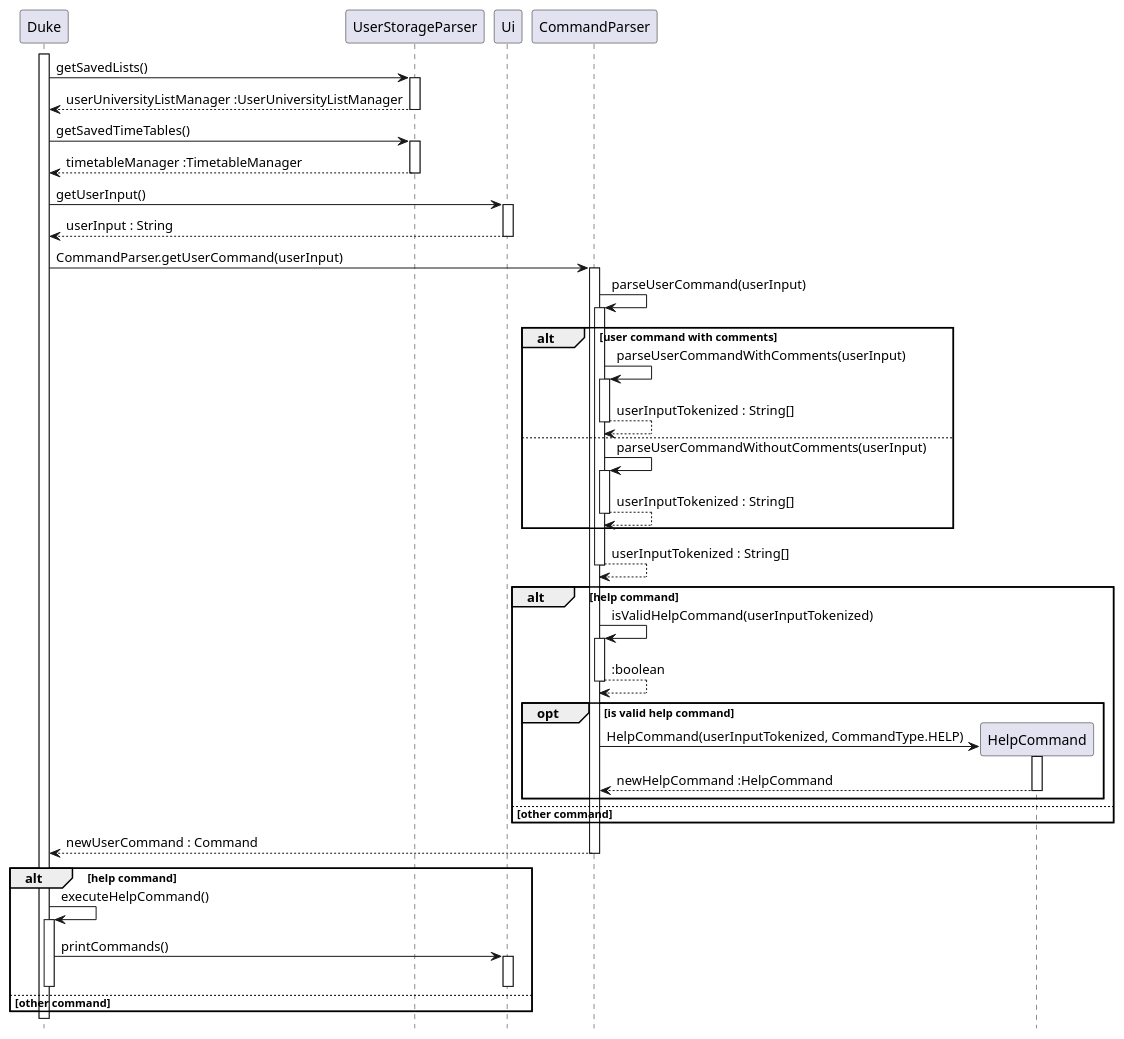
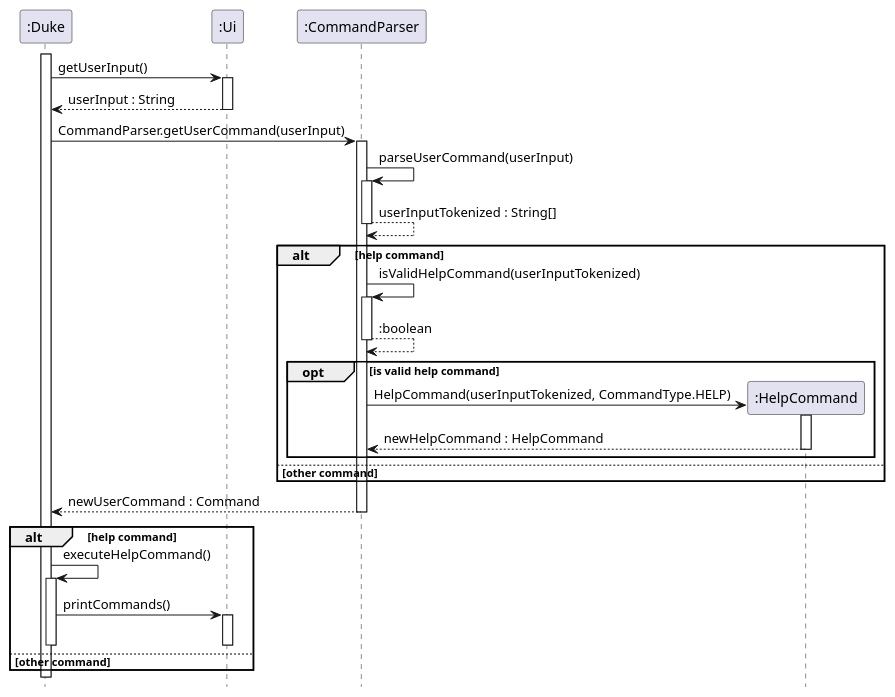
Before and after one commit to nus-cs2113-AY2223S1/tp: the diagram in docs/diagrams/HelpCommand_Sequence.puml, drawn with PlantUML. The commit also changed 17 other files, not shown here.

Commit message:
Update Sequence Diagrams

```diff
--- a/docs/diagrams/HelpCommand_Sequence.puml
+++ b/docs/diagrams/HelpCommand_Sequence.puml
@@ -1,89 +1,62 @@
 @startuml
 
-activate Duke
+activate ":Duke"
 
 hide footbox
 
-Duke -> UserStorageParser : getSavedLists()
-activate UserStorageParser
+":Duke" -> ":Ui" : getUserInput()
+activate ":Ui"
 
-UserStorageParser --> Duke : userUniversityListManager :UserUniversityListManager
-deactivate UserStorageParser
+":Ui" --> ":Duke" : userInput : String
+deactivate ":Ui"
 
-Duke -> UserStorageParser : getSavedTimeTables()
-activate UserStorageParser
+":Duke" -> ":CommandParser" : CommandParser.getUserCommand(userInput)
+activate ":CommandParser"
 
-UserStorageParser --> Duke : timetableManager :TimetableManager
-deactivate UserStorageParser
+":CommandParser" -> ":CommandParser" : parseUserCommand(userInput)
+activate ":CommandParser"
 
-Duke -> Ui : getUserInput()
-activate Ui
-
-Ui --> Duke : userInput : String
-deactivate Ui
-
-Duke -> CommandParser : CommandParser.getUserCommand(userInput)
-activate CommandParser
-
-CommandParser -> CommandParser : parseUserCommand(userInput)
-activate CommandParser
-
-alt user command with comments
-    CommandParser -> CommandParser : parseUserCommandWithComments(userInput)
-    activate CommandParser
-
-    CommandParser --> CommandParser : userInputTokenized : String[]
-    deactivate CommandParser
-
-else
-    CommandParser -> CommandParser : parseUserCommandWithoutComments(userInput)
-    activate CommandParser
-
-    CommandParser --> CommandParser : userInputTokenized : String[]
-    deactivate CommandParser 
-end
-
-CommandParser --> CommandParser : userInputTokenized : String[]
-deactivate CommandParser
+":CommandParser" --> ":CommandParser" : userInputTokenized : String[]
+deactivate ":CommandParser"
 
 alt help command
 
-    CommandParser -> CommandParser : isValidHelpCommand(userInputTokenized)
-    activate CommandParser
+    ":CommandParser" -> ":CommandParser" : isValidHelpCommand(userInputTokenized)
+    activate ":CommandParser"
 
-    CommandParser --> CommandParser : :boolean
-    deactivate CommandParser
+    ":CommandParser" --> ":CommandParser" : :boolean
+    deactivate ":CommandParser"
 
     opt is valid help command
 
-        create HelpCommand
-        CommandParser -> HelpCommand : HelpCommand(userInputTokenized, CommandType.HELP)
-        activate HelpCommand
+        create ":HelpCommand"
+        ":CommandParser" -> ":HelpCommand" : HelpCommand(userInputTokenized, CommandType.HELP)
+        activate ":HelpCommand"
 
-        HelpCommand --> CommandParser : newHelpCommand :HelpCommand
-        deactivate HelpCommand
+        ":HelpCommand" --> ":CommandParser" : newHelpCommand : HelpCommand
+        deactivate ":HelpCommand"
     end
 
 else other command
 
 end
 
-CommandParser --> Duke : newUserCommand : Command
-deactivate CommandParser
+":CommandParser" --> ":Duke" : newUserCommand : Command
+deactivate ":CommandParser"
 
 alt help command
 
-Duke -> Duke : executeHelpCommand()
-activate Duke
+":Duke" -> ":Duke" : executeHelpCommand()
+activate ":Duke"
 
-   Duke -> Ui : printCommands()
-   activate Ui
+   ":Duke" -> ":Ui" : printCommands()
+   activate ":Ui"
 
-   deactivate Ui
+   deactivate ":Ui"
 
-deactivate Duke
+deactivate ":Duke"
 else other command
 end
-deactivate Duke
+deactivate ":Duke"
 
 @enduml
```
